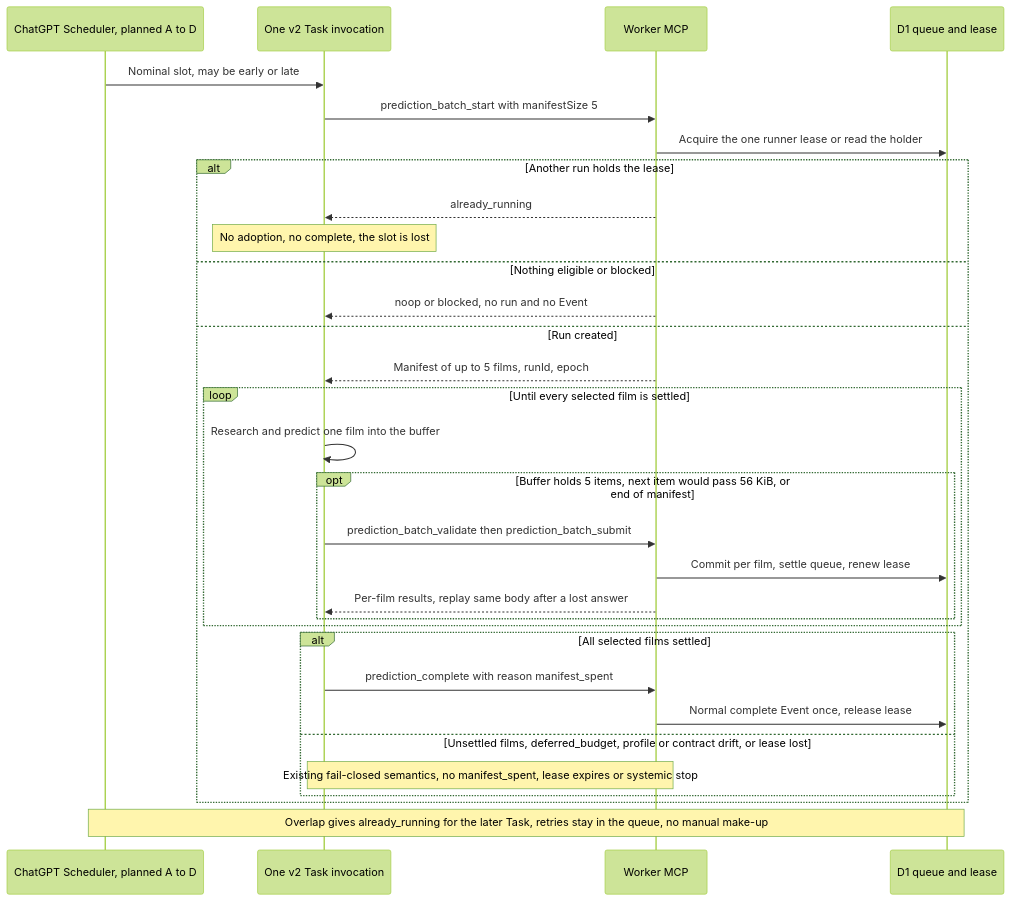
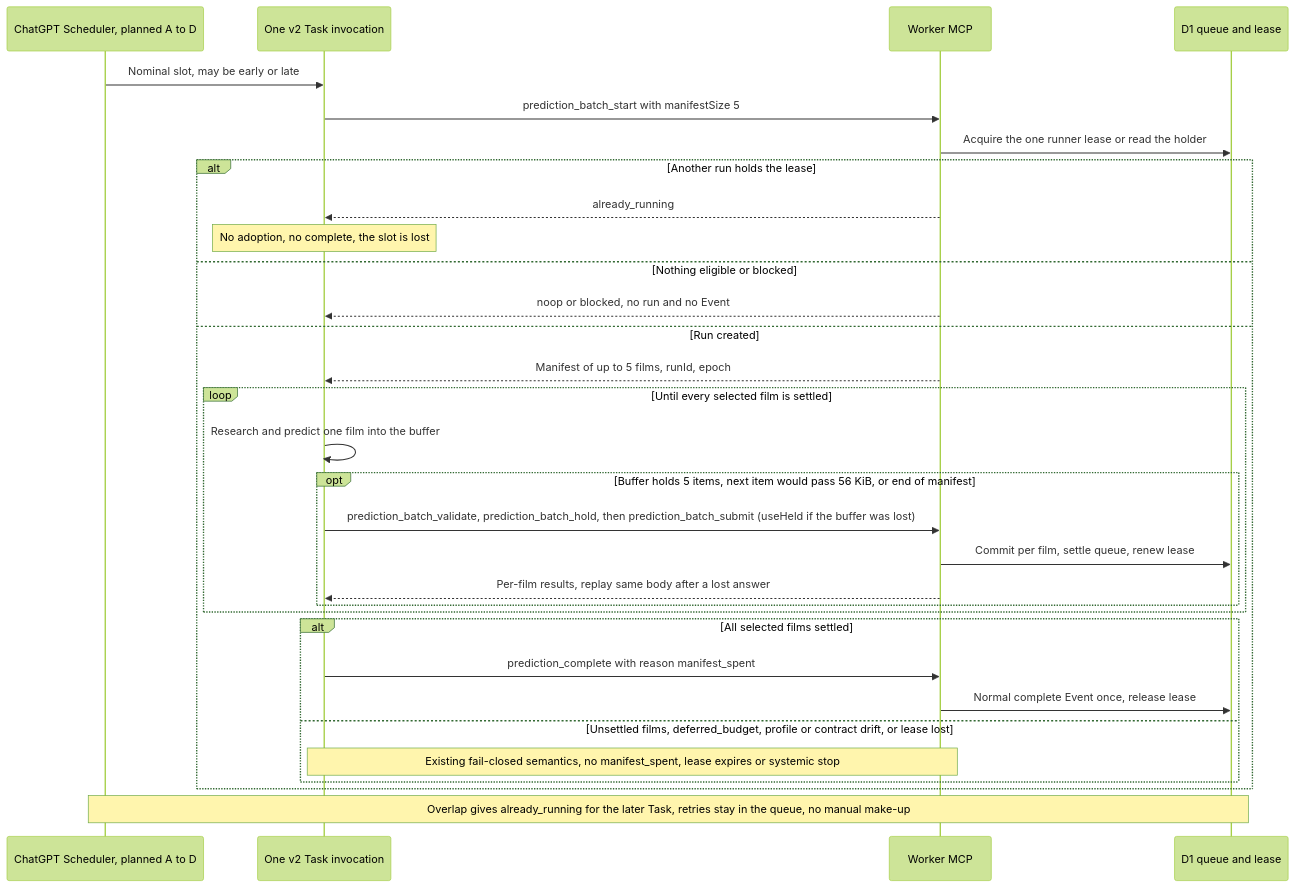
One commit to vladimino/iptv-watchlist changed the third of 12 diagrams in docs/architecture/scheduling-and-orchestration.md. Above: the diagram before and after it, drawn with Mermaid (forest theme). The commit also changed 19 other files, not shown here.

First line of the commit message:
AIR-510: hold validated batch items and refuse blanket external_termination

````diff
--- a/docs/architecture/scheduling-and-orchestration.md
+++ b/docs/architecture/scheduling-and-orchestration.md
@@ -92,33 +92,33 @@
 ```mermaid
 sequenceDiagram
     participant Sched as ChatGPT Scheduler, planned A to D
     participant Task as One v2 Task invocation
     participant MCP as Worker MCP
     participant D1 as D1 queue and lease
     Sched->>Task: Nominal slot, may be early or late
     Task->>MCP: prediction_batch_start with manifestSize 5
     MCP->>D1: Acquire the one runner lease or read the holder
     alt Another run holds the lease
         MCP-->>Task: already_running
         Note over Task: No adoption, no complete, the slot is lost
     else Nothing eligible or blocked
         MCP-->>Task: noop or blocked, no run and no Event
     else Run created
         MCP-->>Task: Manifest of up to 5 films, runId, epoch
         loop Until every selected film is settled
             Task->>Task: Research and predict one film into the buffer
             opt Buffer holds 5 items, next item would pass 56 KiB, or end of manifest
-                Task->>MCP: prediction_batch_validate then prediction_batch_submit
+                Task->>MCP: prediction_batch_validate, prediction_batch_hold, then prediction_batch_submit (useHeld if the buffer was lost)
                 MCP->>D1: Commit per film, settle queue, renew lease
                 MCP-->>Task: Per-film results, replay same body after a lost answer
             end
         end
         alt All selected films settled
             Task->>MCP: prediction_complete with reason manifest_spent
             MCP->>D1: Normal complete Event once, release lease
         else Unsettled films, deferred_budget, profile or contract drift, or lease lost
             Note over Task,MCP: Existing fail-closed semantics, no manifest_spent, lease expires or systemic stop
         end
     end
     Note over Sched,D1: Overlap gives already_running for the later Task, retries stay in the queue, no manual make-up
 ```
````
